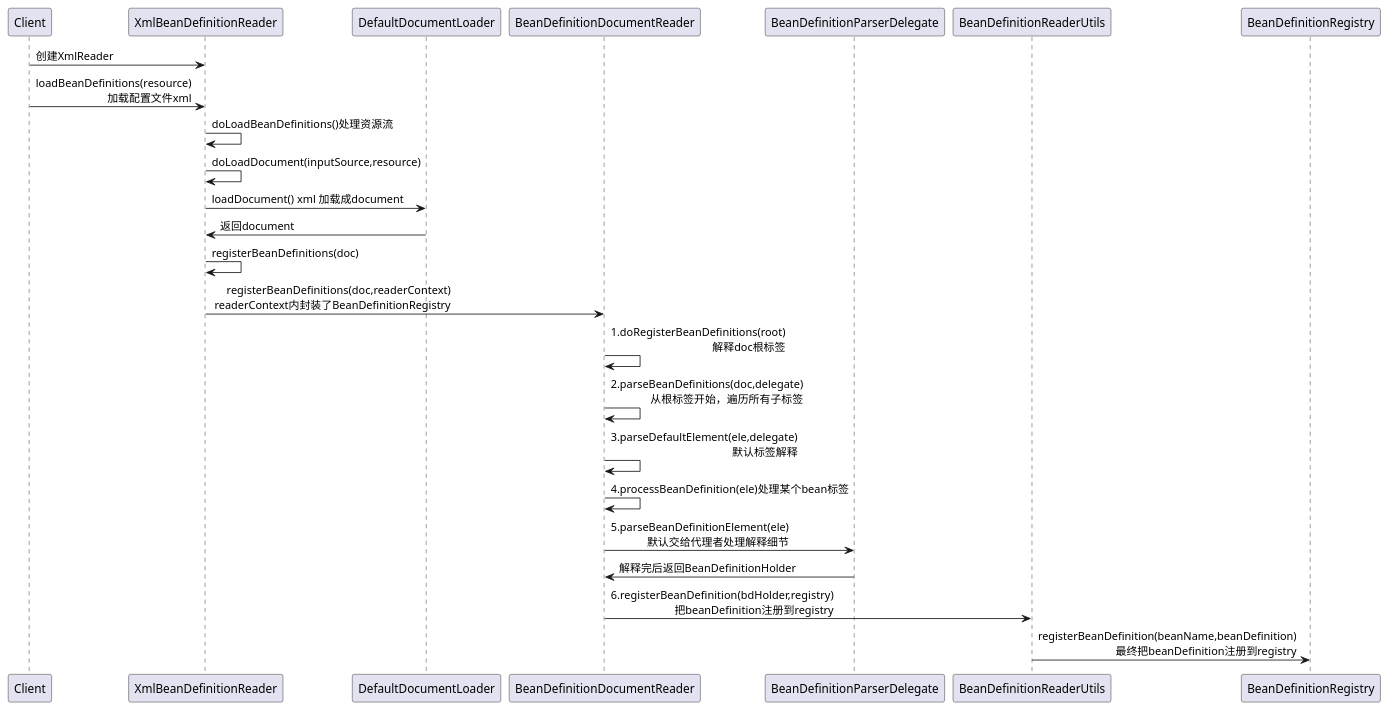
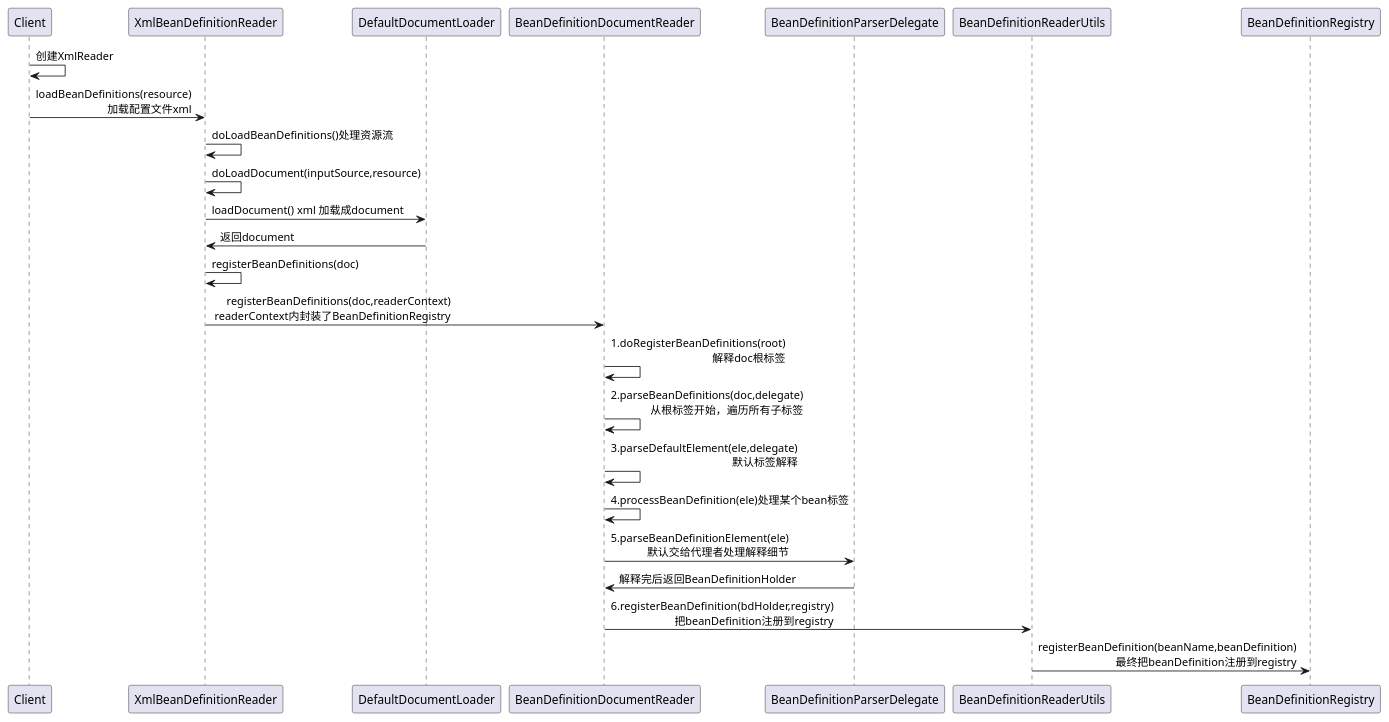
Before and after one commit to evefost/spring-src-study3: the diagram in spring-beans-src/sequece/xml-parser.puml, drawn with PlantUML. The commit also changed 18 other files, not shown here.

```diff
--- a/spring-beans-src/sequece/xml-parser.puml
+++ b/spring-beans-src/sequece/xml-parser.puml
@@ -2,18 +2,18 @@
 @startuml
-Client -> XmlBeanDefinitionReader: 创建XmlReader
+Client -> Client: 创建XmlReader
 Client -> XmlBeanDefinitionReader: loadBeanDefinitions(resource)\r加载配置文件xml
 XmlBeanDefinitionReader -> XmlBeanDefinitionReader: doLoadBeanDefinitions()处理资源流
 XmlBeanDefinitionReader -> XmlBeanDefinitionReader: doLoadDocument(inputSource,resource)
 XmlBeanDefinitionReader -> DefaultDocumentLoader: loadDocument() xml 加载成document
 DefaultDocumentLoader -> XmlBeanDefinitionReader: 返回document
 XmlBeanDefinitionReader -> XmlBeanDefinitionReader: registerBeanDefinitions(doc)
 XmlBeanDefinitionReader -> BeanDefinitionDocumentReader: registerBeanDefinitions(doc,readerContext)\r readerContext内封装了BeanDefinitionRegistry
 BeanDefinitionDocumentReader -> BeanDefinitionDocumentReader: 1.doRegisterBeanDefinitions(root)\r解释doc根标签
 BeanDefinitionDocumentReader -> BeanDefinitionDocumentReader: 2.parseBeanDefinitions(doc,delegate)\r从根标签开始，遍历所有子标签
 BeanDefinitionDocumentReader -> BeanDefinitionDocumentReader: 3.parseDefaultElement(ele,delegate)\r默认标签解释
 BeanDefinitionDocumentReader -> BeanDefinitionDocumentReader: 4.processBeanDefinition(ele)处理某个bean标签
 BeanDefinitionDocumentReader -> BeanDefinitionParserDelegate: 5.parseBeanDefinitionElement(ele)\r默认交给代理者处理解释细节
 BeanDefinitionParserDelegate -> BeanDefinitionDocumentReader: 解释完后返回BeanDefinitionHolder
 BeanDefinitionDocumentReader -> BeanDefinitionReaderUtils: 6.registerBeanDefinition(bdHolder,registry)\r把beanDefinition注册到registry
 BeanDefinitionReaderUtils -> BeanDefinitionRegistry: registerBeanDefinition(beanName,beanDefinition)\r最终把beanDefinition注册到registry
 @enduml
```
